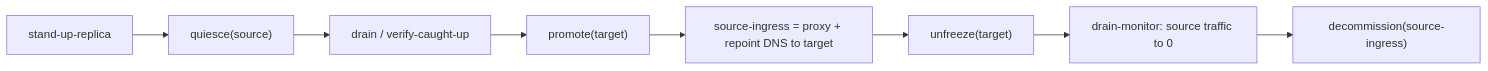
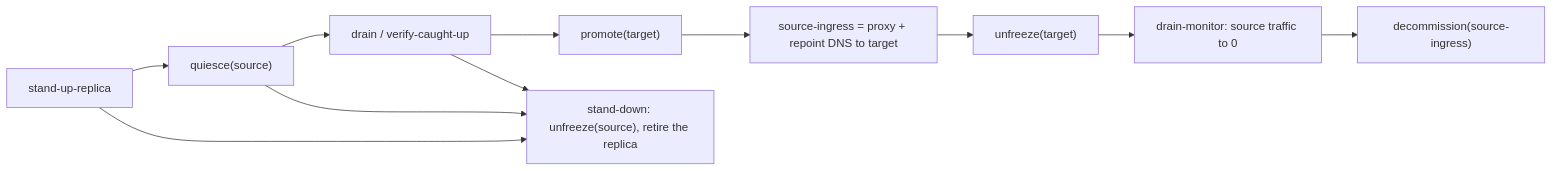
One commit to Tuee22/amoebius changed the diagram in documents/engineering/gateway_migration_doctrine.md. Above: the diagram before and after it, drawn with Mermaid. The commit also changed other lines of this file and 509 other files, not shown here.

````diff
--- a/documents/engineering/gateway_migration_doctrine.md
+++ b/documents/engineering/gateway_migration_doctrine.md
@@ -193,10 +213,14 @@
 ```mermaid
 flowchart LR
+%% register: orientation
   A["stand-up-replica"] --> B["quiesce(source)"]
   B --> C["drain / verify-caught-up"]
   C --> D["promote(target)"]
   D --> E["source-ingress = proxy + repoint DNS to target"]
   E --> F["unfreeze(target)"]
   F --> G["drain-monitor: source traffic to 0"]
   G --> H["decommission(source-ingress)"]
+  A --> X["stand-down: unfreeze(source), retire the replica"]
+  B --> X
+  C --> X
 ```
````
